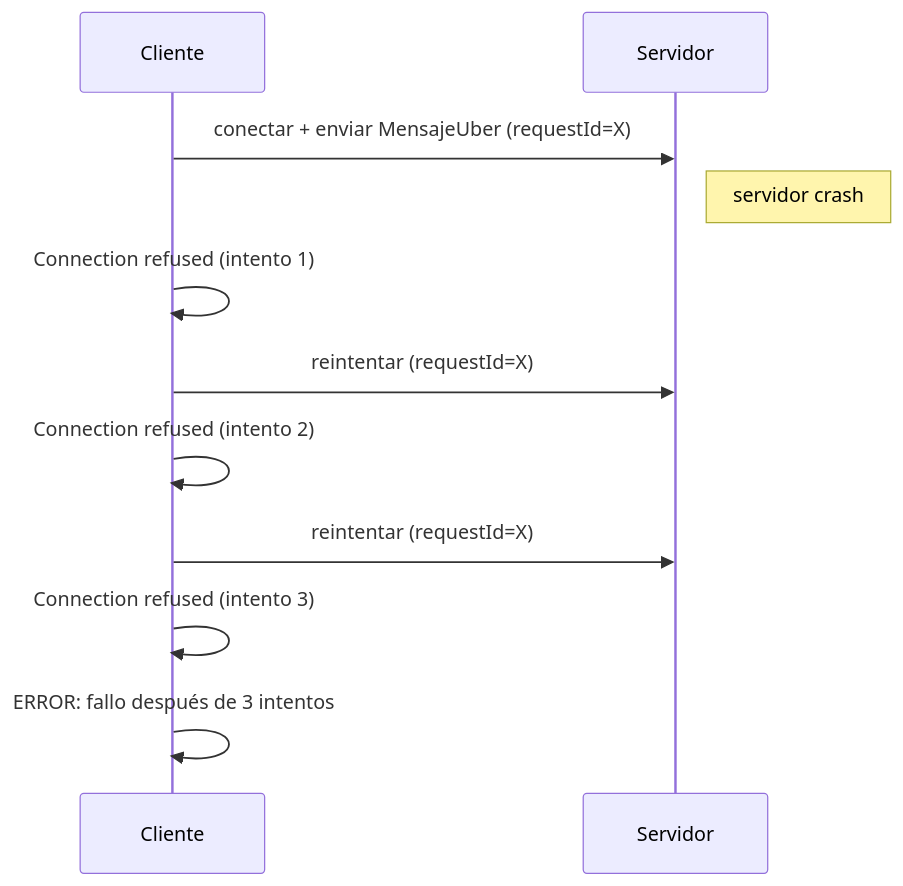
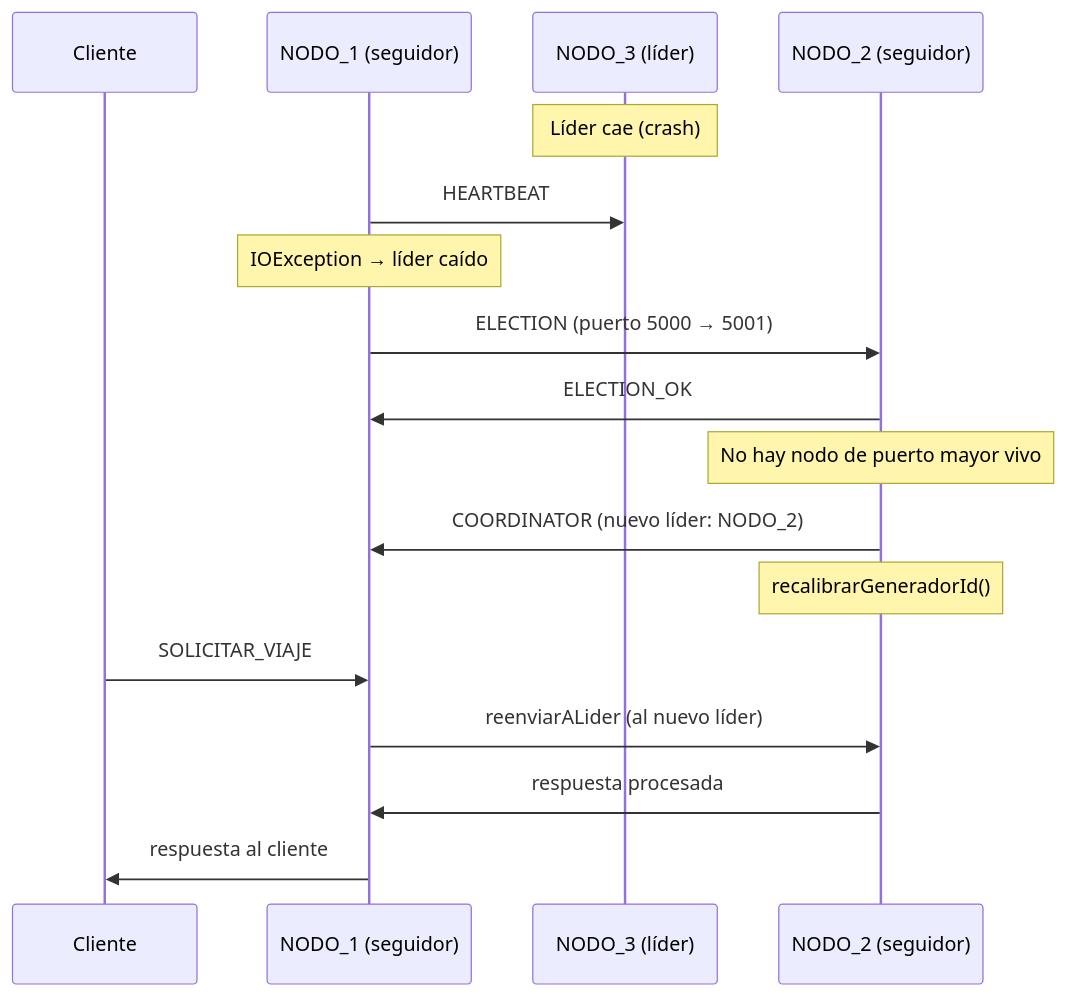
Before and after one commit to JoakoFuenzalida/ProyectoUberDistribuido: the first of 3 diagrams in modelo_fallos.md, drawn with Mermaid. The commit also changed other lines of this file and 1 other file, not shown here.

````diff
--- a/modelo_fallos.md
+++ b/modelo_fallos.md
@@ -85,16 +118,20 @@
 ```mermaid
----
-id: 394fc4ae-3214-46b7-a42d-2832dfc26caf
----
 sequenceDiagram
-    participant Cliente
-    participant Servidor
-    Cliente->>Servidor: conectar + enviar MensajeUber (requestId=X)
-    Note right of Servidor: servidor crash
-    Cliente->>Cliente: Connection refused (intento 1)
-    Cliente->>Servidor: reintentar (requestId=X)
-    Cliente->>Cliente: Connection refused (intento 2)
-    Cliente->>Servidor: reintentar (requestId=X)
-    Cliente->>Cliente: Connection refused (intento 3)
-    Cliente->>Cliente: ERROR: fallo después de 3 intentos
+    participant C as Cliente
+    participant N1 as NODO_1 (seguidor)
+    participant N3 as NODO_3 (líder)
+    participant N2 as NODO_2 (seguidor)
+
+    Note over N3: Líder cae (crash)
+    N1->>N3: HEARTBEAT
+    Note over N1: IOException → líder caído
+    N1->>N2: ELECTION (puerto 5000 → 5001)
+    N2->>N1: ELECTION_OK
+    Note over N2: No hay nodo de puerto mayor vivo
+    N2->>N1: COORDINATOR (nuevo líder: NODO_2)
+    Note over N2: recalibrarGeneradorId()
+    C->>N1: SOLICITAR_VIAJE
+    N1->>N2: reenviarALider (al nuevo líder)
+    N2->>N1: respuesta procesada
+    N1->>C: respuesta al cliente
 ```
````
